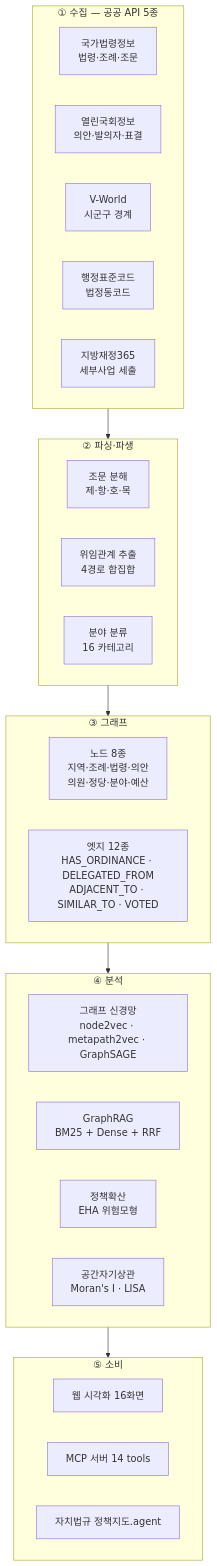
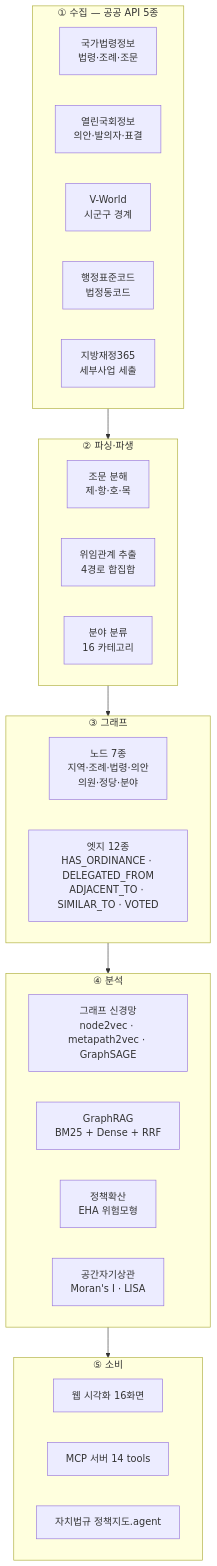
One commit to zxsa0716/policymaps changed the first of 2 diagrams in README.md. Above: the diagram before and after it, drawn with Mermaid. The commit also changed other lines of this file and 13 other files, not shown here.

````diff
--- a/README.md
+++ b/README.md
@@ -69,31 +70,31 @@
 ```mermaid
 flowchart TB
     subgraph S1["① 수집 — 공공 API 5종"]
         A1[국가법령정보<br/>법령·조례·조문]
         A2[열린국회정보<br/>의안·발의자·표결]
         A3[V-World<br/>시군구 경계]
         A4[행정표준코드<br/>법정동코드]
         A5[지방재정365<br/>세부사업 세출]
     end
     subgraph S2["② 파싱·파생"]
         B1[조문 분해<br/>제·항·호·목]
         B2[위임관계 추출<br/>4경로 합집합]
         B3[분야 분류<br/>16 카테고리]
     end
     subgraph S3["③ 그래프"]
-        C1[노드 8종<br/>지역·조례·법령·의안<br/>의원·정당·분야·예산]
+        C1[노드 7종<br/>지역·조례·법령·의안<br/>의원·정당·분야]
         C2[엣지 12종<br/>HAS_ORDINANCE · DELEGATED_FROM<br/>ADJACENT_TO · SIMILAR_TO · VOTED]
     end
     subgraph S4["④ 분석"]
         D1[그래프 신경망<br/>node2vec · metapath2vec · GraphSAGE]
         D2[GraphRAG<br/>BM25 + Dense + RRF]
         D3[정책확산<br/>EHA 위험모형]
         D4[공간자기상관<br/>Moran's I · LISA]
     end
     subgraph S5["⑤ 소비"]
         E1[웹 시각화 16화면]
         E2[MCP 서버 14 tools]
         E3[자치법규 정책지도.agent]
     end
     S1 --> S2 --> S3 --> S4 --> S5
 ```
````
